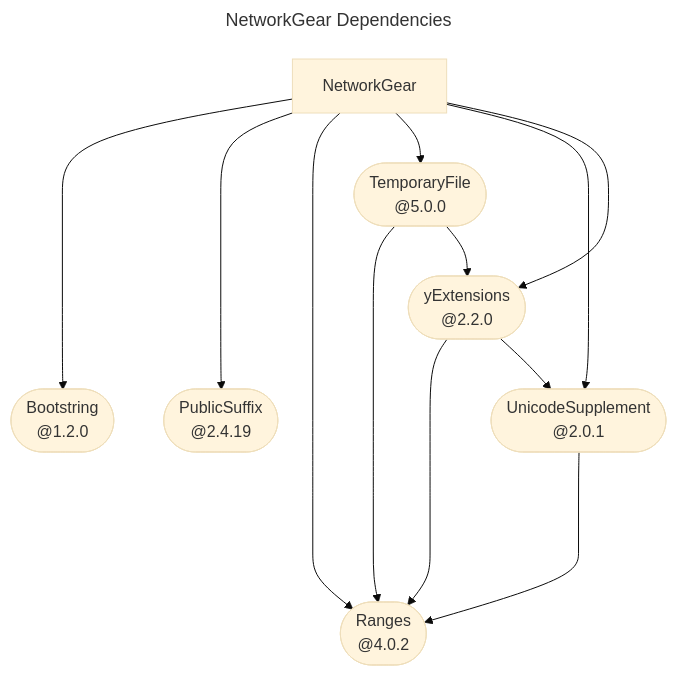
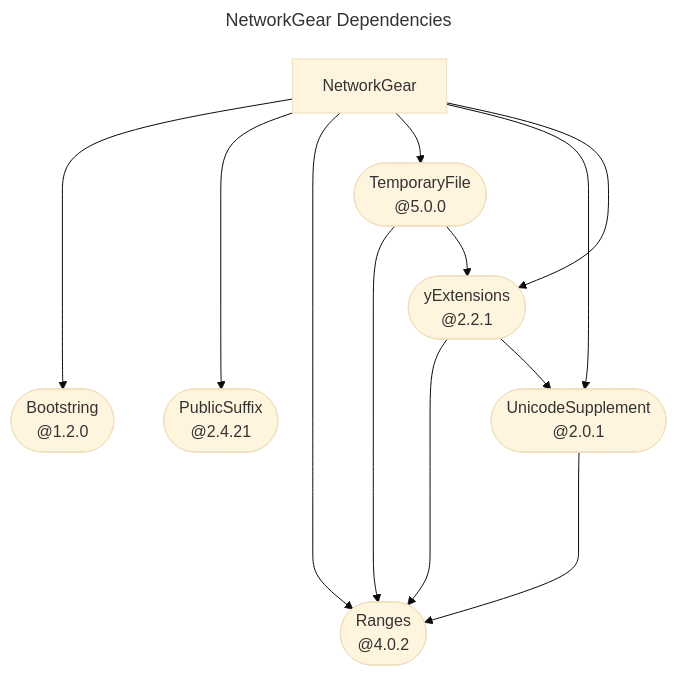
One commit to YOCKOW/SwiftNetworkGear changed the diagram in README.md. Above: the diagram before and after it, drawn with Mermaid (base theme).

Commit message:
Update "./README.md".
This commit is done by the workflow in [SwiftPackageHelperTools](https://GitHub.com/YOCKOW/SwiftPackageHelperTools.git).
- UUID: 45a9cf5e-75e7-4761-86a3-e09f757add13
- Date: 2026-05-13 09:48:21+0000

````diff
--- a/README.md
+++ b/README.md
@@ -15,34 +15,34 @@
 ```mermaid
 ---
 title: NetworkGear Dependencies
 ---
 flowchart TD
   swiftbootstring(["Bootstring<br>@1.2.0"])
   swiftnetworkgear["NetworkGear"]
-  swiftpublicsuffix(["PublicSuffix<br>@2.4.19"])
+  swiftpublicsuffix(["PublicSuffix<br>@2.4.21"])
   swiftranges(["Ranges<br>@4.0.2"])
   swifttemporaryfile(["TemporaryFile<br>@5.0.0"])
   swiftunicodesupplement(["UnicodeSupplement<br>@2.0.1"])
-  yswiftextensions(["yExtensions<br>@2.2.0"])
+  yswiftextensions(["yExtensions<br>@2.2.1"])
 
   click swiftbootstring href "https://github.com/YOCKOW/SwiftBootstring.git"
   click swiftpublicsuffix href "https://github.com/YOCKOW/SwiftPublicSuffix.git"
   click swiftranges href "https://github.com/YOCKOW/SwiftRanges.git"
   click swifttemporaryfile href "https://github.com/YOCKOW/SwiftTemporaryFile.git"
   click swiftunicodesupplement href "https://github.com/YOCKOW/SwiftUnicodeSupplement.git"
   click yswiftextensions href "https://github.com/YOCKOW/ySwiftExtensions.git"
 
   swiftnetworkgear ----> swiftbootstring
   swiftnetworkgear ----> swiftpublicsuffix
   swiftnetworkgear ----> swiftranges
   swiftnetworkgear --> swifttemporaryfile
   swiftnetworkgear --> swiftunicodesupplement
   swiftnetworkgear --> yswiftextensions
   swifttemporaryfile ----> swiftranges
   swifttemporaryfile --> yswiftextensions
   swiftunicodesupplement ----> swiftranges
   yswiftextensions ----> swiftranges
   yswiftextensions --> swiftunicodesupplement
 
 
 ```
````
